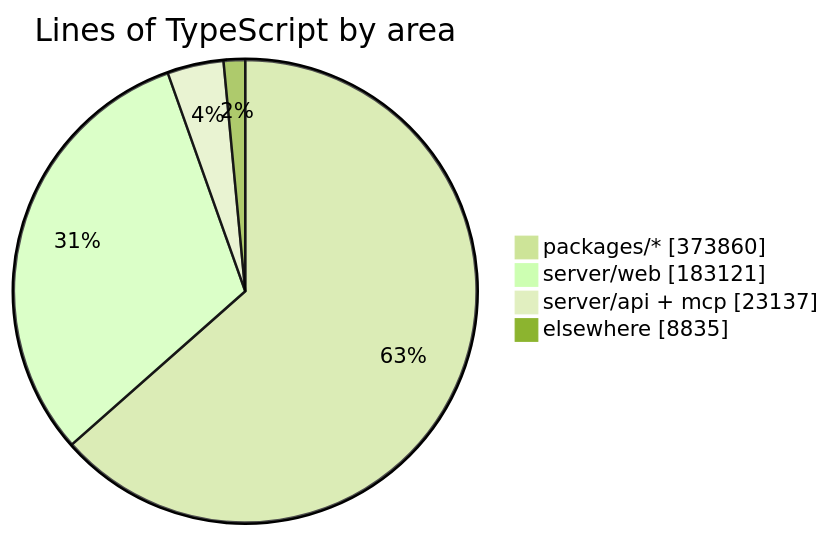
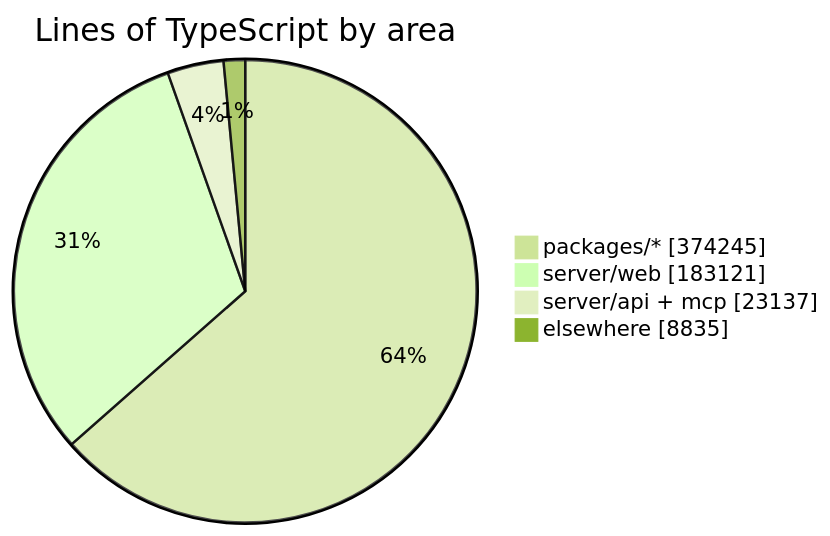
One commit to crossworks-engineering/mantle changed the diagram in README.md. Above: the diagram before and after it, drawn with Mermaid (forest theme). The commit also changed other lines of this file and 2 other files, not shown here.

````diff
--- a/README.md
+++ b/README.md
@@ -294,7 +294,7 @@
 ```mermaid
 pie showData title Lines of TypeScript by area
-    "packages/*" : 373860
+    "packages/*" : 374245
     "server/web" : 183121
     "server/api + mcp" : 23137
     "elsewhere" : 8835
 ```
````
